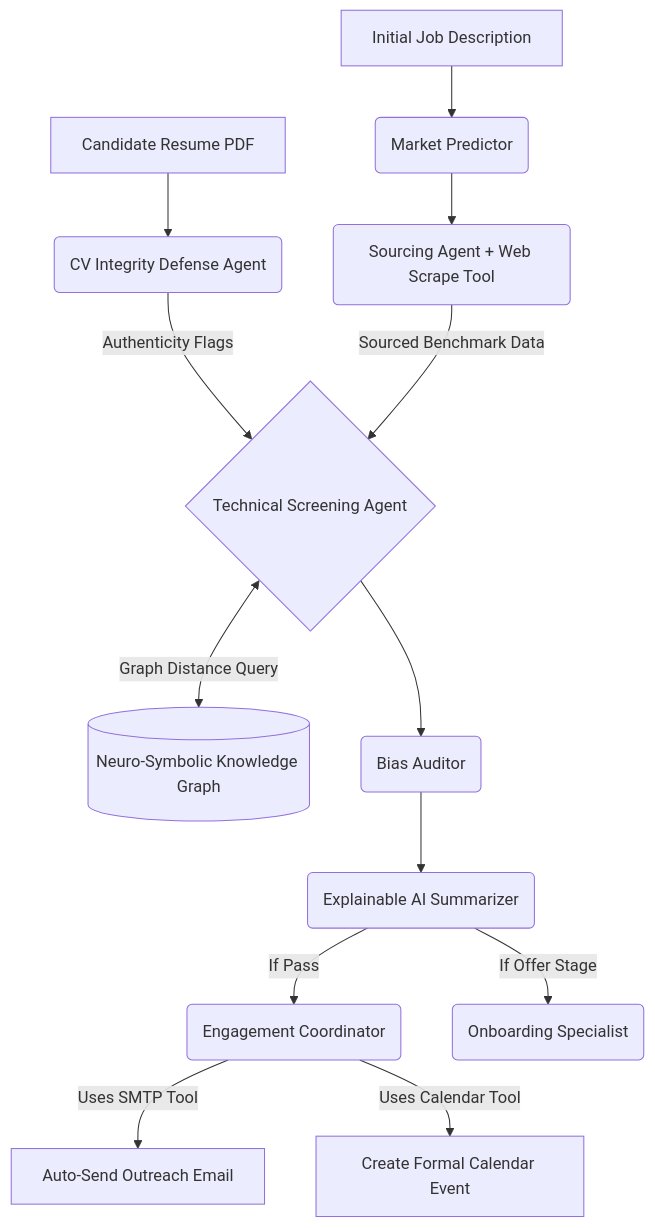
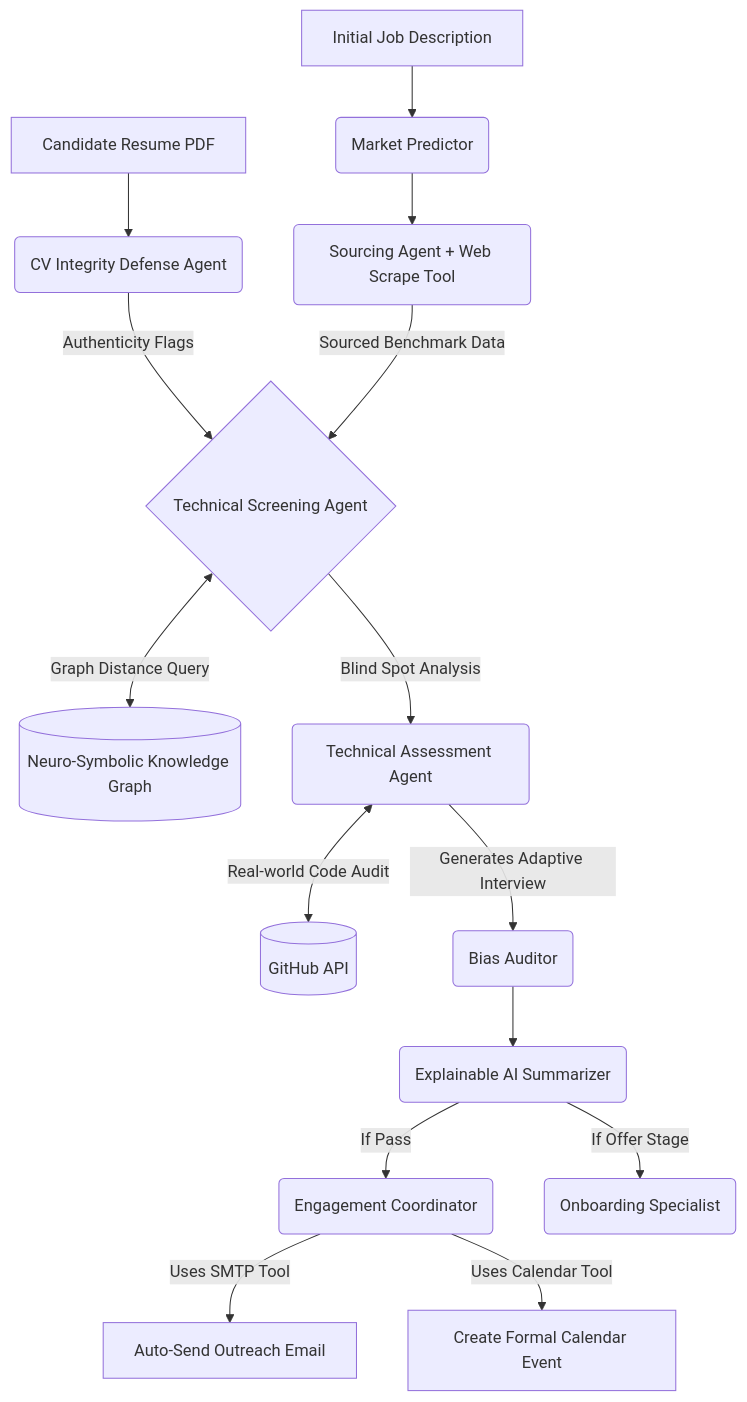
The diagram in RESEARCH_REPORT.md (ananya-giri/Smart-Hire), drawn with Mermaid before and after one commit. The commit also changed other lines of this file and 4 other files, not shown here.

Commit message:
feat: Add Autonomous GitHub Portfolio Auditing and Adaptive Blind-Spot Assessment

````diff
--- a/RESEARCH_REPORT.md
+++ b/RESEARCH_REPORT.md
@@ -48,20 +50,23 @@
 ```mermaid
 graph TD
     A[Initial Job Description] --> B(Market Predictor)
     B --> C(Sourcing Agent + Web Scrape Tool)
     
     D[Candidate Resume PDF] --> E(CV Integrity Defense Agent)
     E -- Authenticity Flags --> F{Technical Screening Agent}
     C -- Sourced Benchmark Data --> F
     
     F <--> |Graph Distance Query| G[(Neuro-Symbolic Knowledge Graph)]
     
-    F --> H(Bias Auditor)
+    F -- Blind Spot Analysis --> X(Technical Assessment Agent)
+    X <--> |Real-world Code Audit| Y[(GitHub API)]
+    X -- Generates Adaptive Interview --> H(Bias Auditor)
+    
     H --> I(Explainable AI Summarizer)
     
     I -- If Pass --> J(Engagement Coordinator)
     J -- Uses SMTP Tool --> K[Auto-Send Outreach Email]
     J -- Uses Calendar Tool --> L[Create Formal Calendar Event]
     
     I -- If Offer Stage --> M(Onboarding Specialist)
 ```
````
